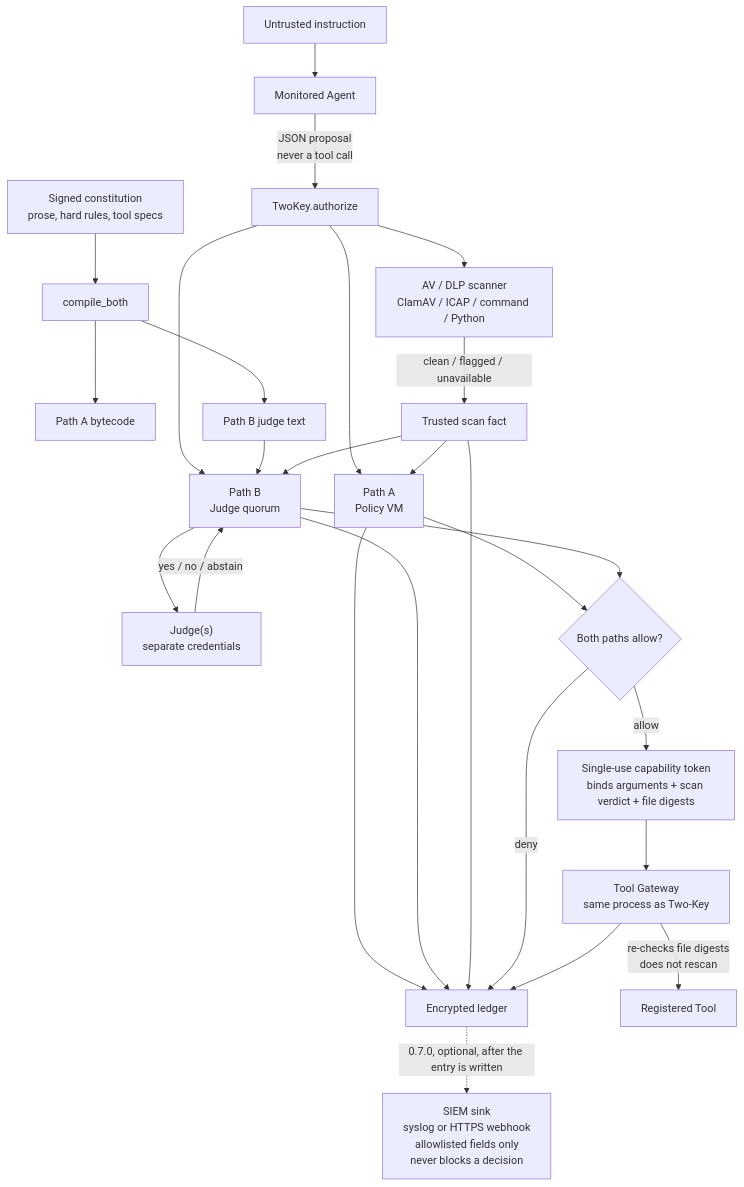
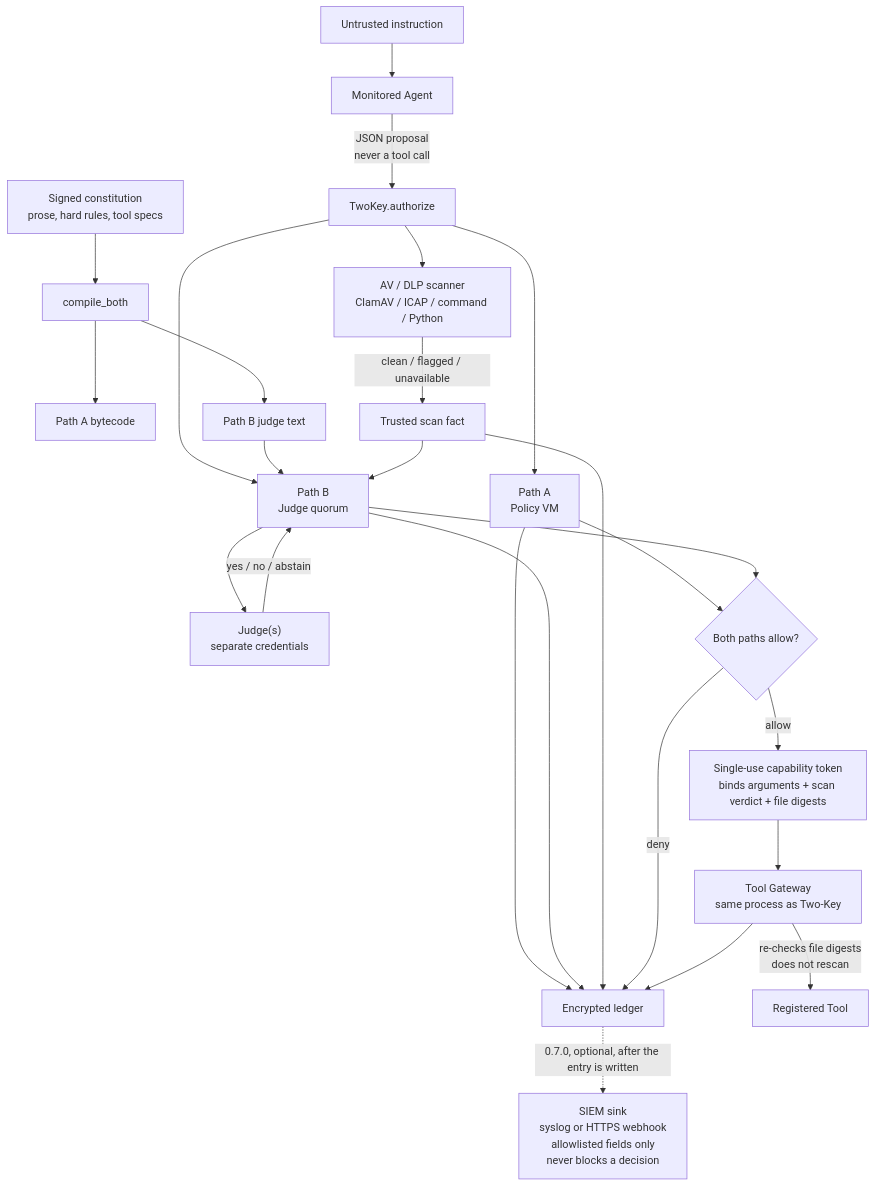
Before and after one commit to Insomniac-VibeLabs/two-key: the second of 4 diagrams in README.md, drawn with Mermaid.

````diff
--- a/README.md
+++ b/README.md
@@ -269,28 +269,27 @@
 ```mermaid
 flowchart TD
   constitution["Signed constitution<br/>prose, hard rules, tool specs"] --> compile["compile_both"]
   compile --> bytecode["Path A bytecode"]
   compile --> judgeText["Path B judge text"]
   instruction["Untrusted instruction"] --> agent["Monitored Agent"]
   agent -->|"JSON proposal<br/>never a tool call"| authorize["TwoKey.authorize"]
   authorize --> scanner["AV / DLP scanner<br/>ClamAV / ICAP / command / Python"]
   scanner -->|"clean / flagged / unavailable"| scan["Trusted scan fact"]
   authorize --> pathA["Path A<br/>Policy VM"]
-  scan --> pathA
   authorize --> pathB["Path B<br/>Judge quorum"]
   judgeText --> pathB
   scan --> pathB
   pathB --> judges["Judge(s)<br/>separate credentials"]
   judges -->|"yes / no / abstain"| pathB
   pathA --> gate{"Both paths allow?"}
   pathB --> gate
   pathA --> ledger["Encrypted ledger"]
   pathB --> ledger
   scan --> ledger
   gate -->|"deny"| ledger
   gate -->|"allow"| token["Single-use capability token<br/>binds arguments + scan verdict + file digests"]
   token --> gateway["Tool Gateway<br/>same process as Two-Key"]
   gateway -->|"re-checks file digests<br/>does not rescan"| tool["Registered Tool"]
   gateway --> ledger
   ledger -.->|"0.7.0, optional, after the entry is written"| siem["SIEM sink<br/>syslog or HTTPS webhook<br/>allowlisted fields only<br/>never blocks a decision"]
 ```
````
